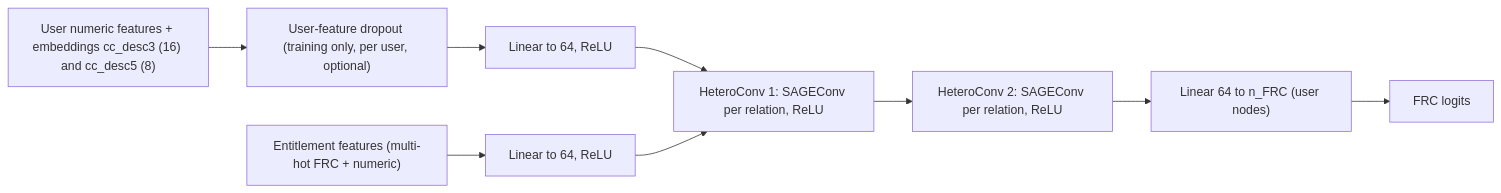
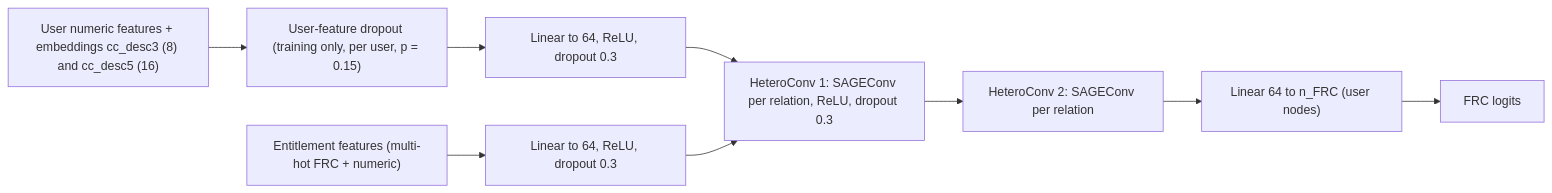
The second of 2 diagrams in README.md (redaalert/randomideas), drawn with Mermaid before and after one commit. The commit also changed other lines of this file, not shown here.

````diff
--- a/README.md
+++ b/README.md
@@ -257,11 +254,11 @@
 ```mermaid
 flowchart LR
-  XU["User numeric features + embeddings cc_desc3 (16) and cc_desc5 (8)"] --> DR["User-feature dropout (training only, per user, optional)"]
-  DR --> PU["Linear to 64, ReLU"]
-  XE["Entitlement features (multi-hot FRC + numeric)"] --> PE["Linear to 64, ReLU"]
-  PU --> C1["HeteroConv 1: SAGEConv per relation, ReLU"]
+  XU["User numeric features + embeddings cc_desc3 (8) and cc_desc5 (16)"] --> DR["User-feature dropout (training only, per user, p = 0.15)"]
+  DR --> PU["Linear to 64, ReLU, dropout 0.3"]
+  XE["Entitlement features (multi-hot FRC + numeric)"] --> PE["Linear to 64, ReLU, dropout 0.3"]
+  PU --> C1["HeteroConv 1: SAGEConv per relation, ReLU, dropout 0.3"]
   PE --> C1
-  C1 --> C2["HeteroConv 2: SAGEConv per relation, ReLU"]
+  C1 --> C2["HeteroConv 2: SAGEConv per relation"]
   C2 --> CL["Linear 64 to n_FRC (user nodes)"]
   CL --> OUT["FRC logits"]
 ```
````
